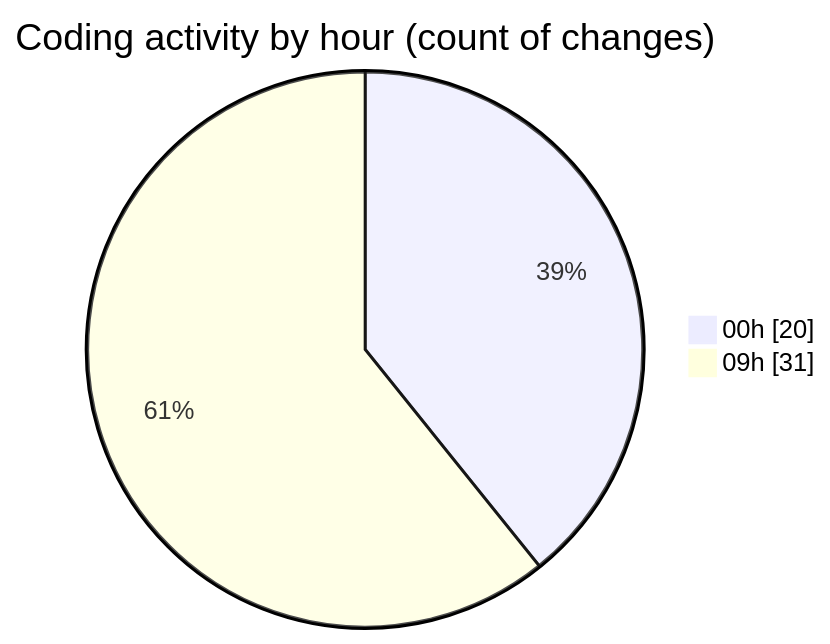
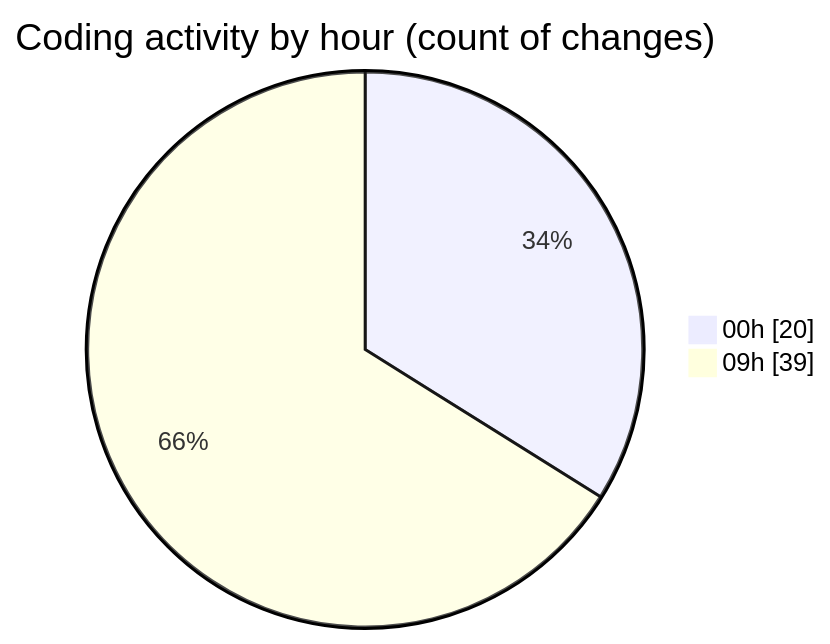
One commit to momahboobian/code-tracking changed the second of 2 diagrams in 2025-03-19/cda/README.md. Above: the diagram before and after it, drawn with Mermaid. The commit also changed other lines of this file and 1 other file, not shown here.

````diff
--- a/2025-03-19/cda/README.md
+++ b/2025-03-19/cda/README.md
@@ -32,6 +32,6 @@
 ```mermaid
 pie showData
 title Coding activity by hour (count of changes)
 "00h" : 20
-"09h" : 31
+"09h" : 39
 ```
````
